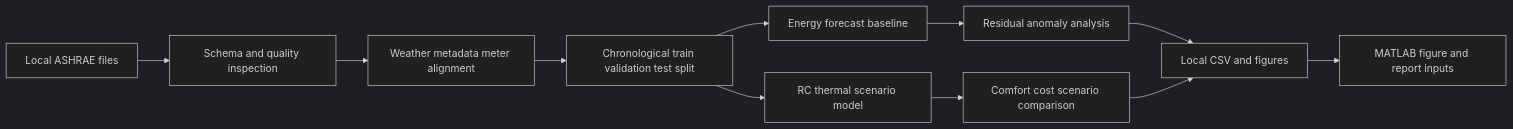
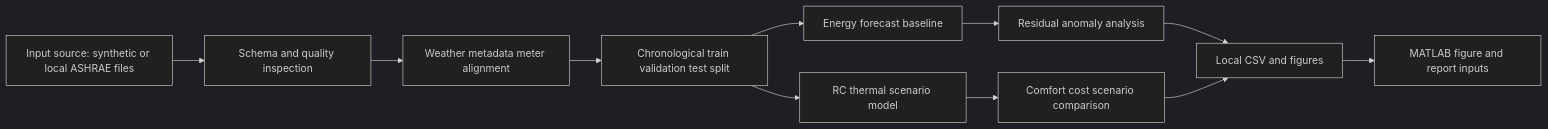
One commit to Hirakhyzer/smart-building-energy-digital-twin changed the first of 2 diagrams in README.md. Above: the diagram before and after it, drawn with Mermaid (dark theme). The commit also changed other lines of this file, not shown here.

Commit message:
Add immediate runnable synthetic demo to README

````diff
--- a/README.md
+++ b/README.md
@@ -70,13 +96,13 @@
 ```mermaid
 flowchart LR
-  A[Local ASHRAE files] --> B[Schema and quality inspection]
+  A[Input source: synthetic or local ASHRAE files] --> B[Schema and quality inspection]
   B --> C[Weather metadata meter alignment]
   C --> D[Chronological train validation test split]
   D --> E[Energy forecast baseline]
   D --> F[RC thermal scenario model]
   E --> G[Residual anomaly analysis]
   F --> H[Comfort cost scenario comparison]
   G --> I[Local CSV and figures]
   H --> I
   I --> J[MATLAB figure and report inputs]
 ```
````
